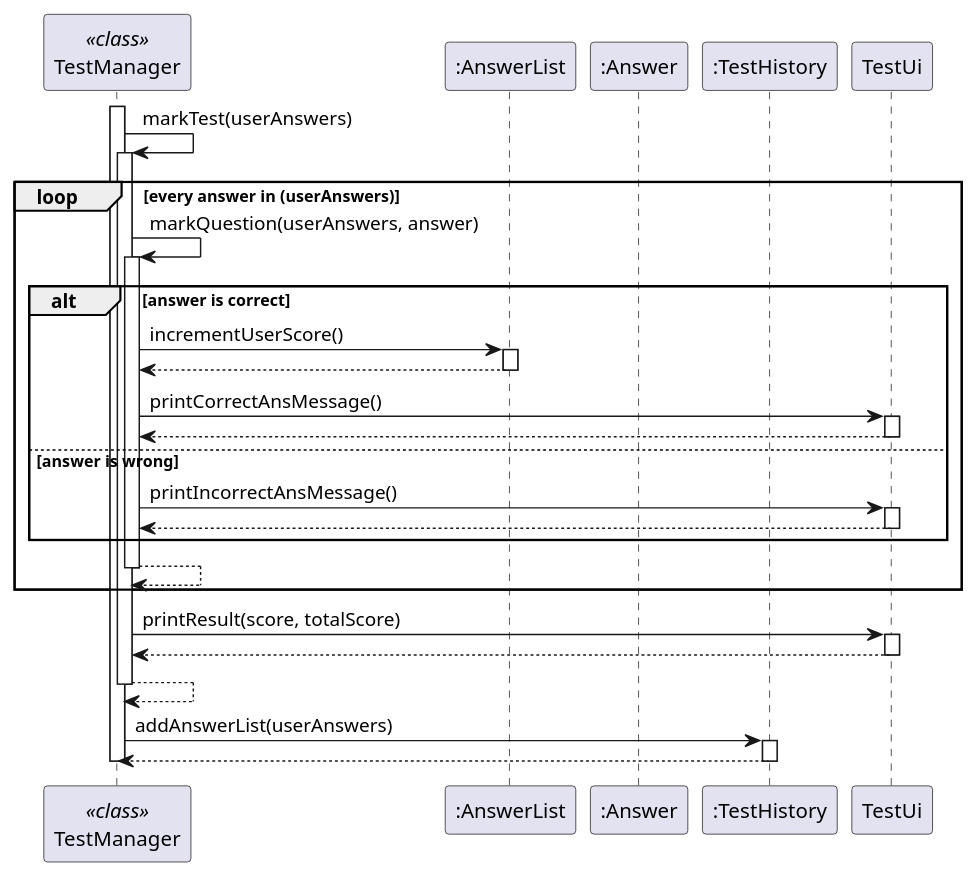
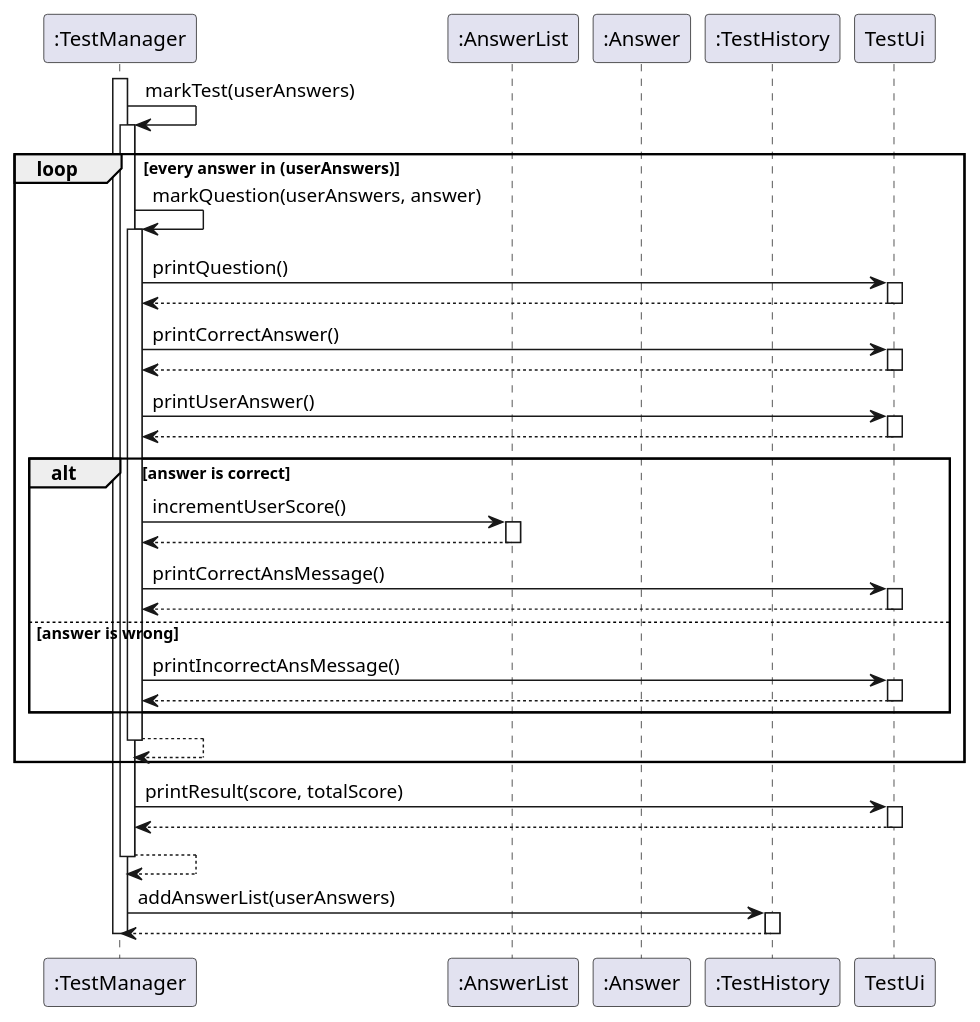
Before and after one commit to xkisxk/tp: the diagram in docs/uml/markTestSequenceDiagram.puml, drawn with PlantUML. The commit also changed 12 other files, not shown here.

Commit message:
Updated dg and uml diagrams

```diff
--- a/docs/uml/markTestSequenceDiagram.puml
+++ b/docs/uml/markTestSequenceDiagram.puml
@@ -1,52 +1,67 @@
 @startuml
-participant "TestManager" as TestManager << class >>
+participant ":TestManager" as TestManager
 participant ":AnswerList" as AnswerList
 participant ":Answer" as Answer
 participant ":TestHistory" as TestHistory
 
 activate TestManager
 
 TestManager -> TestManager : markTest(userAnswers)
 activate TestManager
 
 loop every answer in (userAnswers)
 
 TestManager -> TestManager : markQuestion(userAnswers, answer)
 activate TestManager
+
+TestManager -> TestUi : printQuestion()
+activate TestUi
+TestUi --> TestManager
+deactivate TestUi
+
+TestManager -> TestUi : printCorrectAnswer()
+activate TestUi
+TestUi --> TestManager
+deactivate TestUi
+
+TestManager -> TestUi : printUserAnswer()
+activate TestUi
+TestUi --> TestManager
+deactivate TestUi
 
 alt answer is correct
 TestManager -> AnswerList : incrementUserScore()
 activate AnswerList
 AnswerList --> TestManager
 deactivate AnswerList
 
 TestManager -> TestUi : printCorrectAnsMessage()
 activate TestUi
 TestUi --> TestManager
 deactivate TestUi
 else answer is wrong
 TestManager -> TestUi : printIncorrectAnsMessage()
 activate TestUi
 TestUi --> TestManager
 deactivate TestUi
 end
 
 TestManager --> TestManager
 deactivate TestManager
 end
 
 TestManager -> TestUi : printResult(score, totalScore)
 activate TestUi
 TestUi --> TestManager
 deactivate TestUi
 
 TestManager --> TestManager
 deactivate TestManager
 
 TestManager -> TestHistory : addAnswerList(userAnswers)
 activate TestHistory
 TestHistory --> TestManager
 deactivate TestHistory
 deactivate TestManager
 
 @enduml
```
